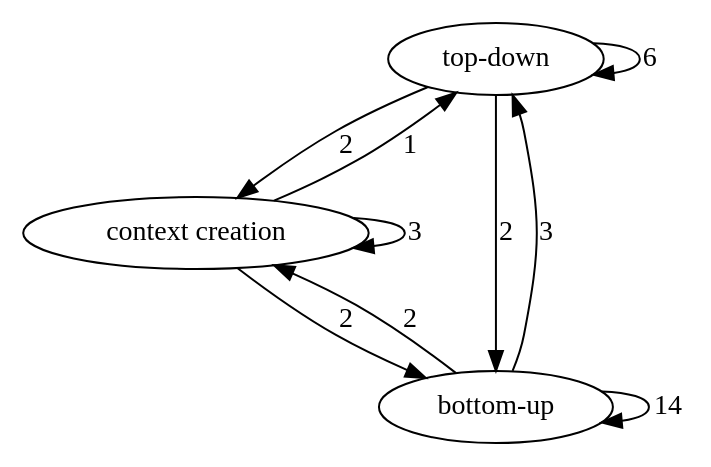
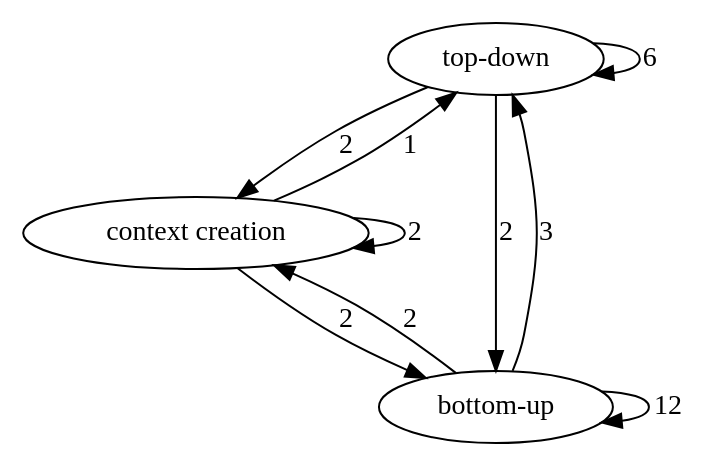
The diagram in analysis/genetics_break_unnormalized.dot (dorisjlee/ZV-paper), drawn with Graphviz before and after one commit. The commit also changed 35 other files, not shown here.

```diff
--- a/analysis/genetics_break_unnormalized.dot
+++ b/analysis/genetics_break_unnormalized.dot
@@ -1,14 +1,14 @@
 digraph  {
 "top-down";
 "context creation";
 "bottom-up";
 "top-down" -> "top-down"  [weight=6, label=6];
 "top-down" -> "context creation"  [weight=2, label=2];
 "top-down" -> "bottom-up"  [weight=2, label=2];
 "context creation" -> "top-down"  [weight=1, label=1];
-"context creation" -> "context creation"  [weight=3, label=3];
+"context creation" -> "context creation"  [weight=2, label=2];
 "context creation" -> "bottom-up"  [weight=2, label=2];
 "bottom-up" -> "top-down"  [weight=3, label=3];
 "bottom-up" -> "context creation"  [weight=2, label=2];
-"bottom-up" -> "bottom-up"  [weight=14, label=14];
+"bottom-up" -> "bottom-up"  [weight=12, label=12];
 }
```
